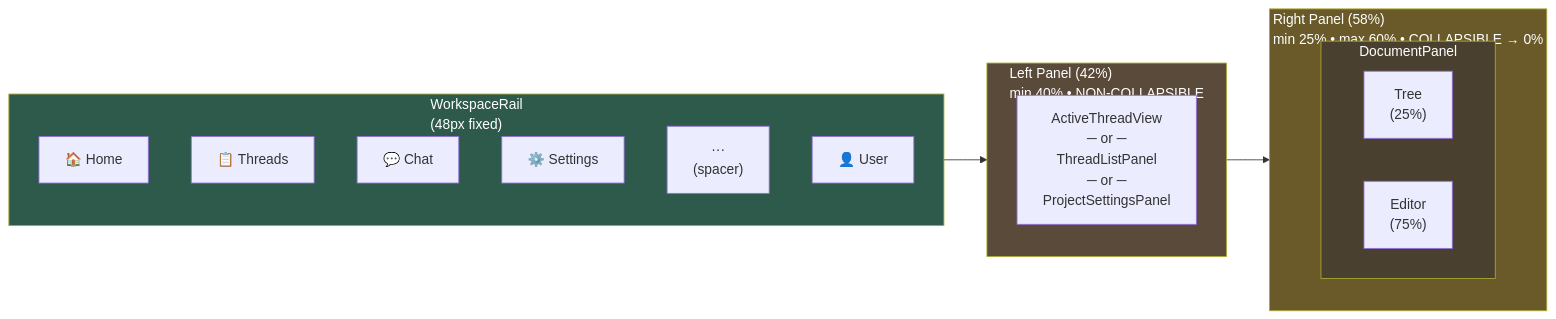
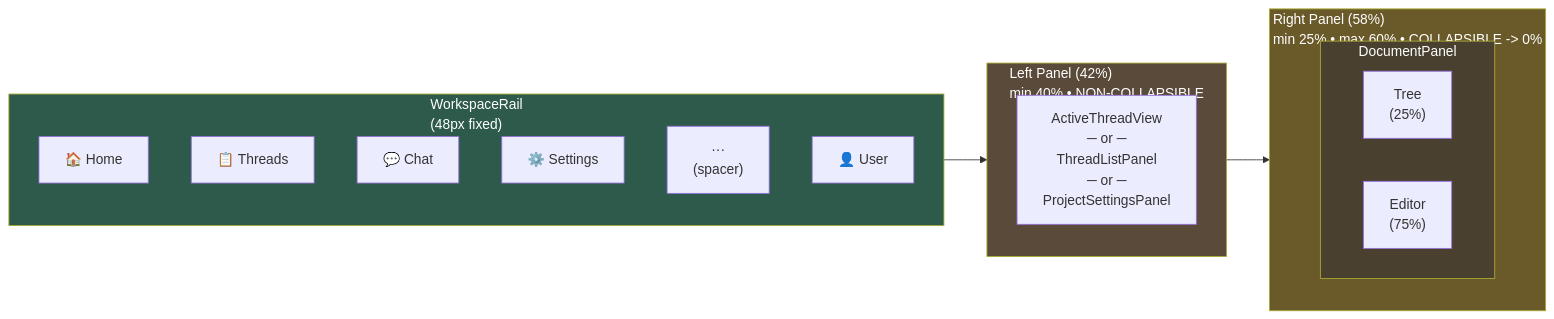
One commit to haowjy/meridian-flow changed the first of 4 diagrams in _docs/technical/frontend/architecture/layout-system.md. Above: the diagram before and after it, drawn with Mermaid. The commit also changed other lines of this file and 132 other files, not shown here.

````diff
--- a/_docs/technical/frontend/architecture/layout-system.md
+++ b/_docs/technical/frontend/architecture/layout-system.md
@@ -11,30 +11,30 @@
 ```mermaid
 flowchart LR
     subgraph Rail["WorkspaceRail<br/>(48px fixed)"]
         direction TB
         R1["🏠 Home"]
         R2["📋 Threads"]
         R3["💬 Chat"]
         R4["⚙️ Settings"]
         R5["···<br/>(spacer)"]
         R6["👤 User"]
     end
 
     subgraph Left["Left Panel (42%)<br/>min 40% • NON-COLLAPSIBLE"]
         L1["ActiveThreadView<br/>─ or ─<br/>ThreadListPanel<br/>─ or ─<br/>ProjectSettingsPanel"]
     end
 
-    subgraph Right["Right Panel (58%)<br/>min 25% • max 60% • COLLAPSIBLE → 0%"]
+    subgraph Right["Right Panel (58%)<br/>min 25% • max 60% • COLLAPSIBLE -> 0%"]
         subgraph DocPanel["DocumentPanel"]
             Tree["Tree<br/>(25%)"]
             Editor["Editor<br/>(75%)"]
         end
     end
 
     Rail --> Left --> Right
 
     style Rail fill:#2d5a4a,color:#fff
     style Left fill:#5a4a3a,color:#fff
     style Right fill:#6a5a2a,color:#fff
     style DocPanel fill:#4a4030,color:#fff
 ```
````
